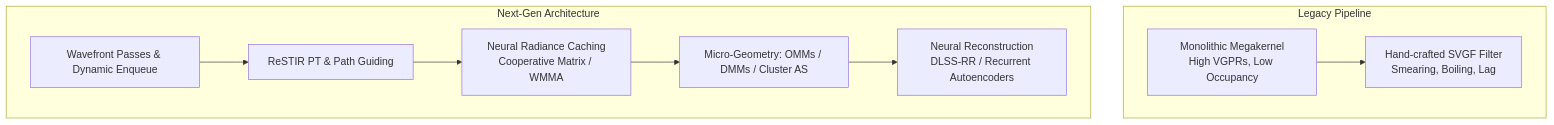
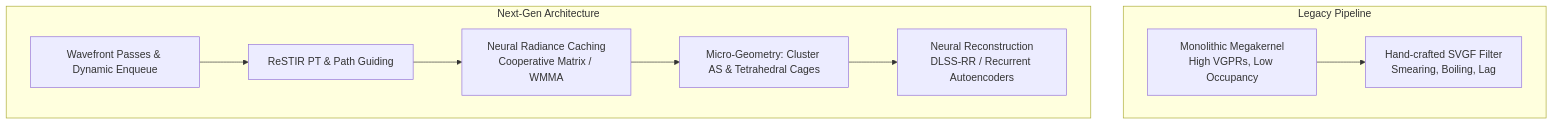
One commit to Soddentrough/Pathways changed the first of 3 diagrams in FUTURE_IDEAS.md. Above: the diagram before and after it, drawn with Mermaid. The commit also changed other lines of this file and 29 other files, not shown here.

````diff
--- a/FUTURE_IDEAS.md
+++ b/FUTURE_IDEAS.md
@@ -12,13 +12,13 @@
 ```mermaid
 graph TD
     subgraph Legacy Pipeline
         M1[Monolithic Megakernel<br/>High VGPRs, Low Occupancy] --> D1[Hand-crafted SVGF Filter<br/>Smearing, Boiling, Lag]
     end
 
     subgraph Next-Gen Architecture
         W1[Wavefront Passes & Dynamic Enqueue] --> R1[ReSTIR PT & Path Guiding]
         R1 --> N1[Neural Radiance Caching<br/>Cooperative Matrix / WMMA]
-        N1 --> M2[Micro-Geometry: OMMs / DMMs / Cluster AS]
+        N1 --> M2[Micro-Geometry: Cluster AS & Tetrahedral Cages]
         M2 --> D2[Neural Reconstruction<br/>DLSS-RR / Recurrent Autoencoders]
     end
 ```
````
